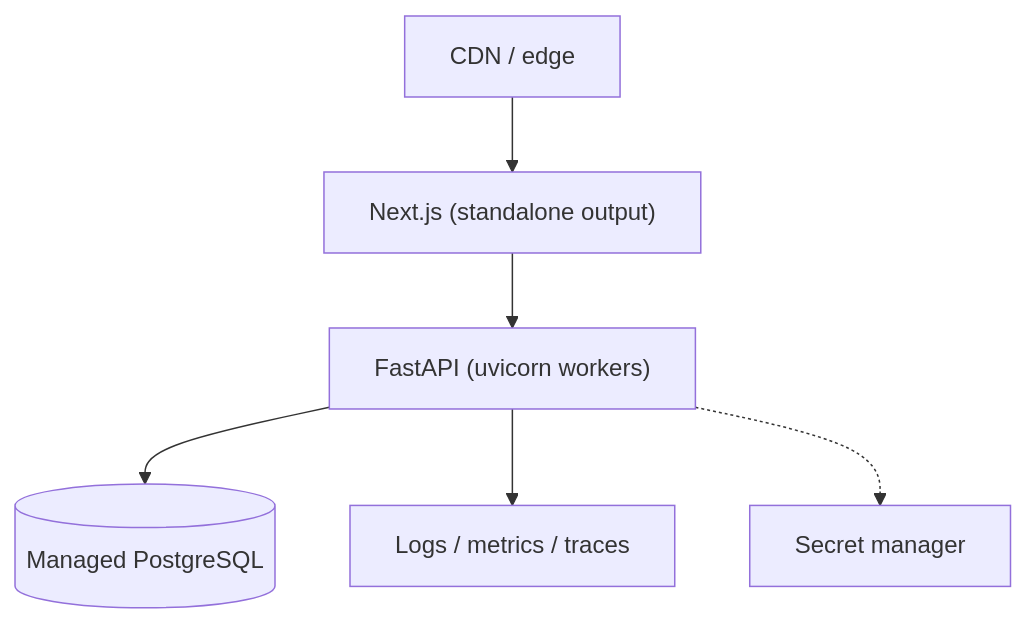
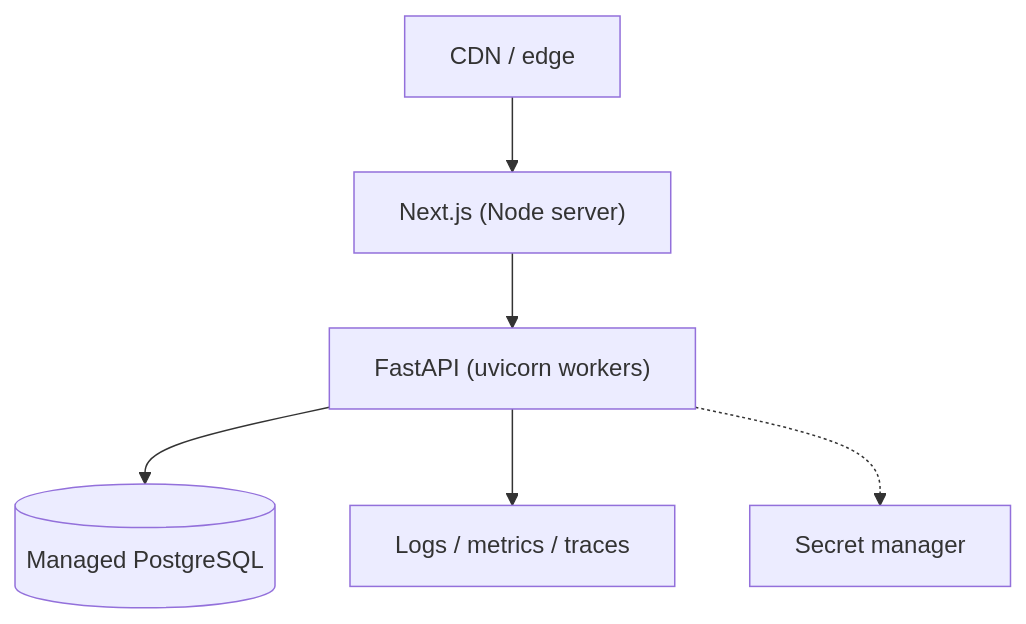
One commit to Abooubaker/blueprints-baker changed the fourth of 4 diagrams in docs/architecture.md. Above: the diagram before and after it, drawn with Mermaid. The commit also changed other lines of this file and 87 other files, not shown here.

First line of the commit message:
feat: guided build flow with prices, code, 3D pricing, docs, and deployment

````diff
--- a/docs/architecture.md
+++ b/docs/architecture.md
@@ -158,8 +158,8 @@
 ```mermaid
 flowchart TB
-    cdn["CDN / edge"] --> web["Next.js (standalone output)"]
+    cdn["CDN / edge"] --> web["Next.js (Node server)"]
     web --> api["FastAPI (uvicorn workers)"]
     api --> pg[("Managed PostgreSQL")]
     api --> obs["Logs / metrics / traces"]
     api -.-> secrets["Secret manager"]
 ```
````
